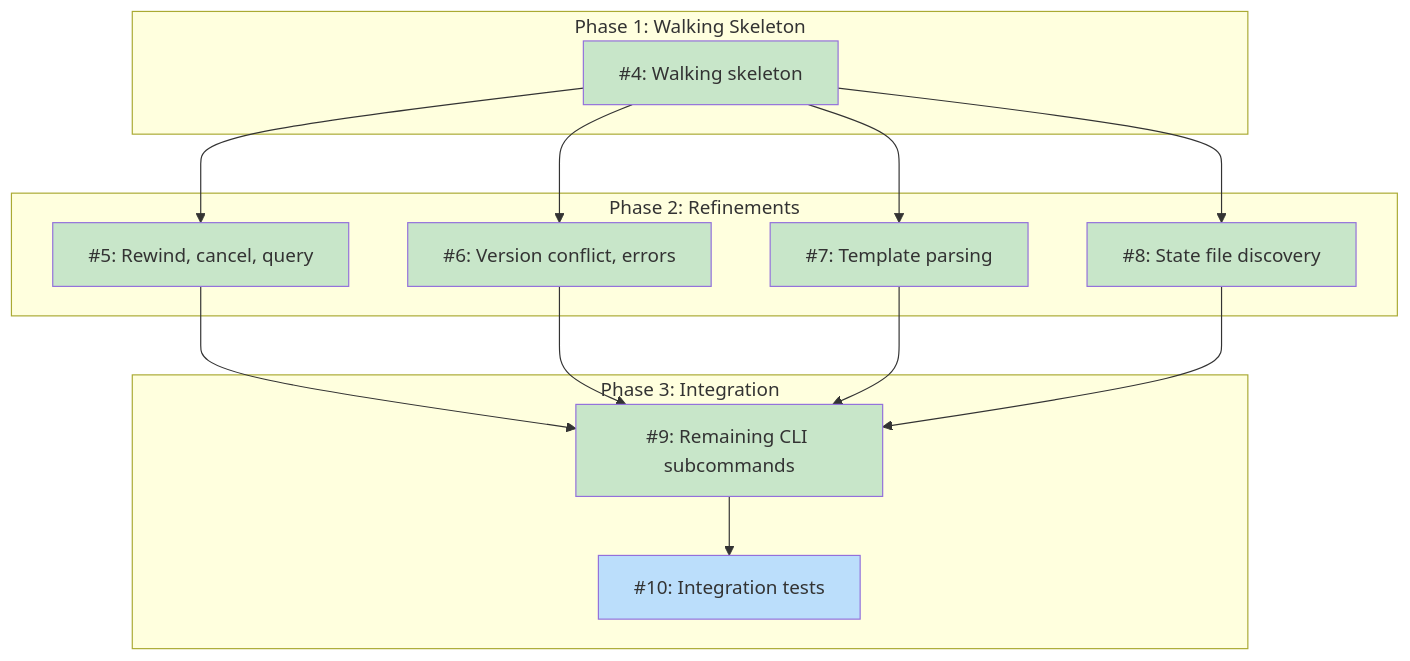
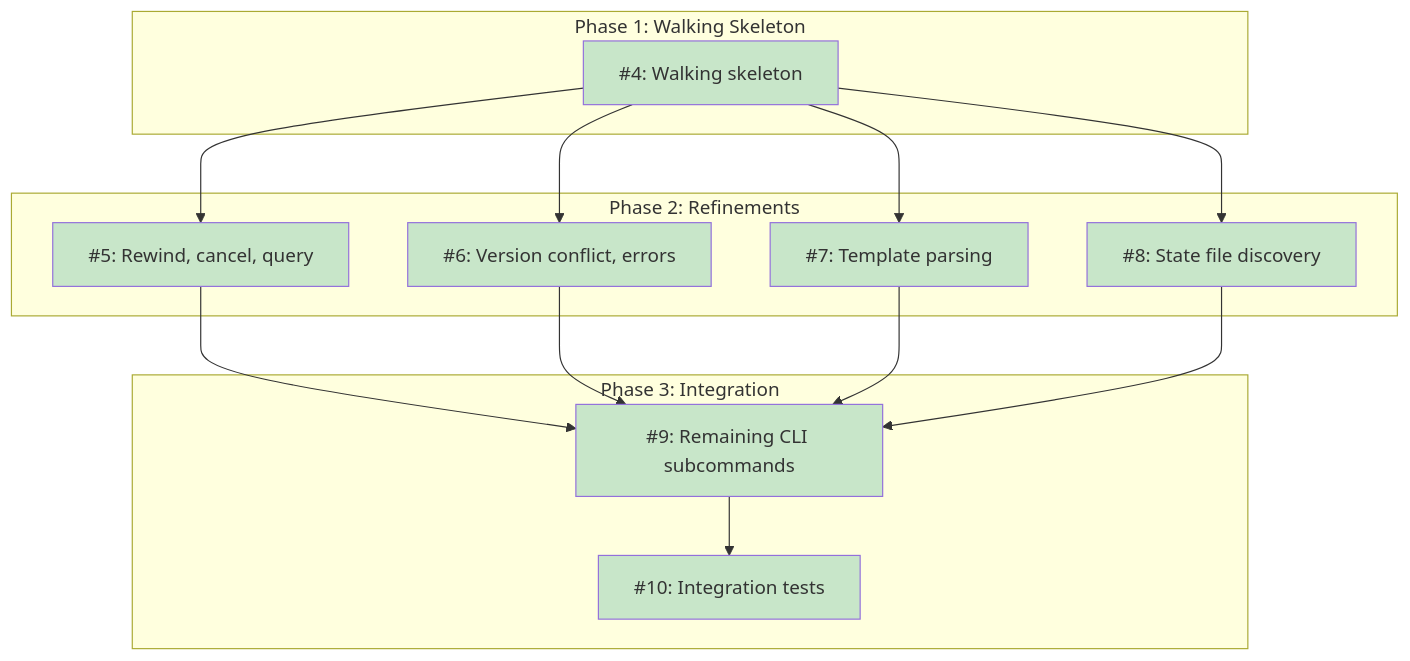
One commit to tsukumogami/koto changed the diagram in docs/designs/DESIGN-koto-engine.md. Above: the diagram before and after it, drawn with Mermaid. The commit also changed other lines of this file and 2 other files, not shown here.

Commit message:
docs(koto-engine): mark #10 complete, update diagram and test plan

````diff
--- a/docs/designs/DESIGN-koto-engine.md
+++ b/docs/designs/DESIGN-koto-engine.md
@@ -58,37 +58,36 @@
 ```mermaid
 graph TD
     subgraph Phase1["Phase 1: Walking Skeleton"]
         I4["#4: Walking skeleton"]
     end
 
     subgraph Phase2["Phase 2: Refinements"]
         I5["#5: Rewind, cancel, query"]
         I6["#6: Version conflict, errors"]
         I7["#7: Template parsing"]
         I8["#8: State file discovery"]
     end
 
     subgraph Phase3["Phase 3: Integration"]
         I9["#9: Remaining CLI subcommands"]
         I10["#10: Integration tests"]
     end
 
     I4 --> I5
     I4 --> I6
     I4 --> I7
     I4 --> I8
     I5 --> I9
     I6 --> I9
     I7 --> I9
     I8 --> I9
     I9 --> I10
 
     classDef done fill:#c8e6c9
     classDef ready fill:#bbdefb
     classDef blocked fill:#fff9c4
     classDef needsDesign fill:#e1bee7
     classDef tracksDesign fill:#FFE0B2,stroke:#F57C00,color:#000
 
-    class I4,I5,I6,I7,I8,I9 done
-    class I10 ready
+    class I4,I5,I6,I7,I8,I9,I10 done
 ```
````
